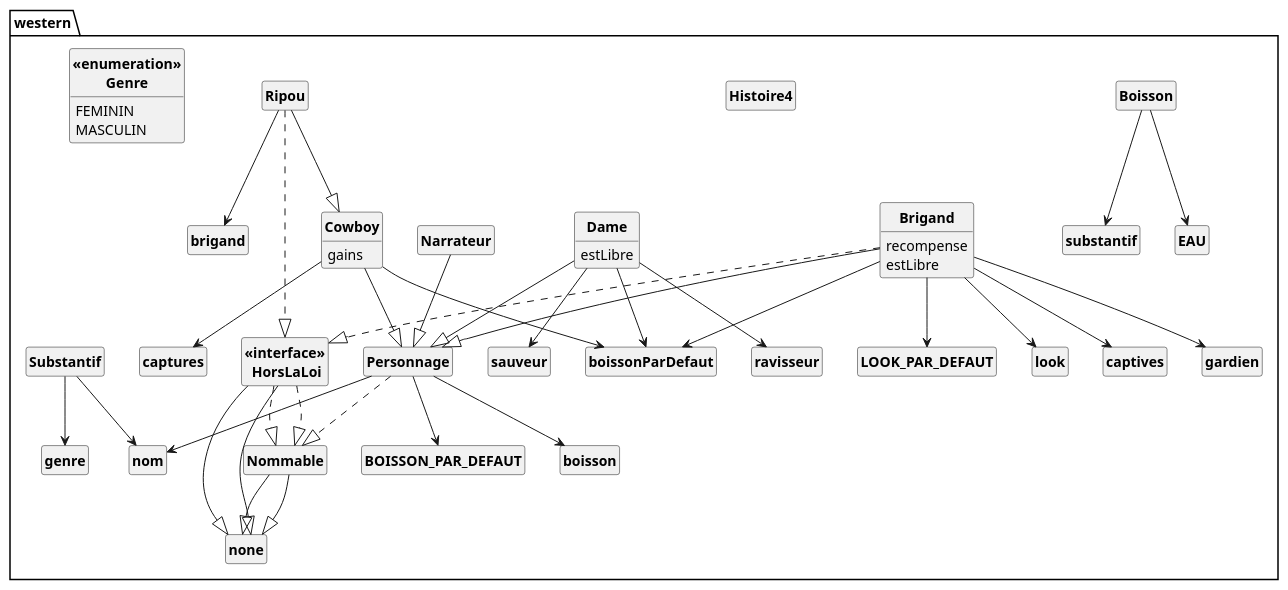
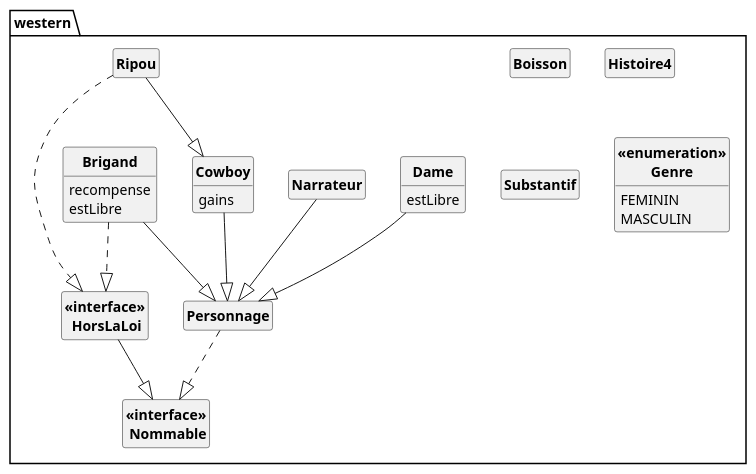
Before and after one commit to Lykomonix/API-JAVAtoPUML: the diagram in javadoc.puml, drawn with PlantUML. The commit also changed 3 other files, not shown here.

```diff
--- a/javadoc.puml
+++ b/javadoc.puml
@@ -1,104 +1,81 @@
 @startuml
 
 skinparam style strictuml
 skinparam classAttributeIconSize 0
 skinparam classFontStyle Bold
 hide empty members
 
 Package "western" {
 class Boisson
 {
 }
 
 class Brigand
 {
 recompense
 estLibre
 }
 
 class Cowboy
 {
 gains
 }
 
 class Dame
 {
 estLibre
 }
 
 class Histoire4
 {
 }
 
 class Narrateur
 {
 }
 
 class Personnage
 {
 }
 
 class Ripou
 {
 }
 
 class Substantif
 {
 }
 
 class "<<interface>>\n HorsLaLoi" as HorsLaLoi
-HorsLaLoi --|> none
-HorsLaLoi ..|> Nommable
 
 class "<<interface>>\n Nommable" as Nommable
-Nommable --|> none
 
 class "<<enumeration>>\nGenre"
 {
 FEMININ
 MASCULIN
 }
 
-Boisson --> substantif
-Boisson --> EAU
 
 Brigand --|> Personnage
 Brigand ..|> HorsLaLoi
-Brigand --> LOOK_PAR_DEFAUT
-Brigand --> look
-Brigand --> captives
-Brigand --> gardien
-Brigand --> boissonParDefaut
 
 Cowboy --|> Personnage
-Cowboy --> captures
-Cowboy --> boissonParDefaut
 
 Dame --|> Personnage
-Dame --> sauveur
-Dame --> ravisseur
-Dame --> boissonParDefaut
 
 
 Narrateur --|> Personnage
 
 Personnage ..|> Nommable
-Personnage --> BOISSON_PAR_DEFAUT
-Personnage --> nom
-Personnage --> boisson
 
 Ripou --|> Cowboy
 Ripou ..|> HorsLaLoi
-Ripou --> brigand
 
-Substantif --> nom
-Substantif --> genre
 
-HorsLaLoi --|> none
-HorsLaLoi ..|> Nommable
+HorsLaLoi --|> Nommable
 
-Nommable --|> none
 
 }
 
 @enduml
```
